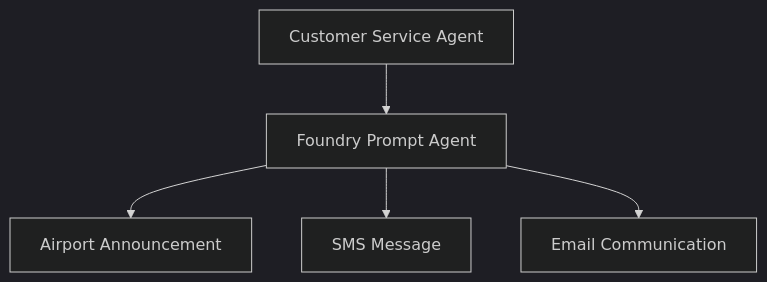
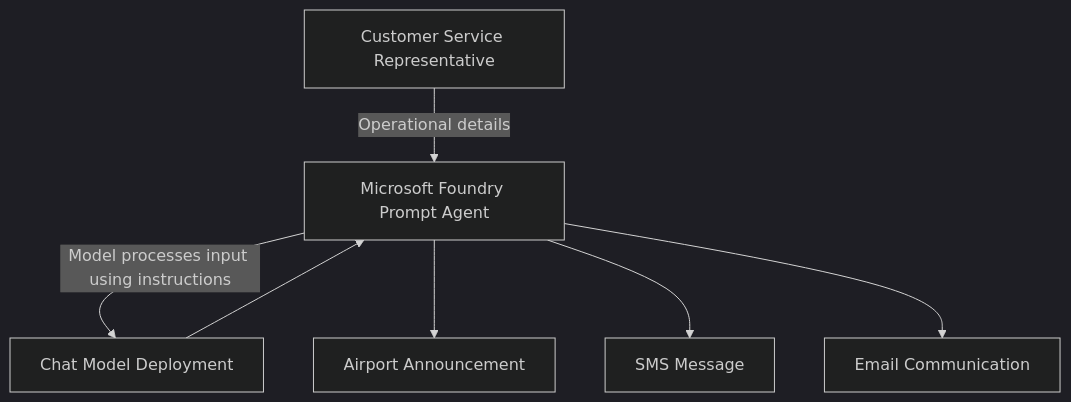
The diagram in labs/lab1-flight-delay-communications/lab-guide.md (punitkshah/Foundry-Workshop), drawn with Mermaid (dark theme) before and after one commit. The commit also changed other lines of this file and 1 other file, not shown here.

````diff
--- a/labs/lab1-flight-delay-communications/lab-guide.md
+++ b/labs/lab1-flight-delay-communications/lab-guide.md
@@ -29,7 +154,9 @@
 ```mermaid
 flowchart TD
-    U[Customer Service Agent] --> P[Foundry Prompt Agent]
+    U[Customer Service Representative] -->|Operational details| P[Microsoft Foundry Prompt Agent]
+    P -->|Model processes input using instructions| M[Chat Model Deployment]
+    M --> P
     P --> A[Airport Announcement]
     P --> S[SMS Message]
     P --> E[Email Communication]
 ```
````
